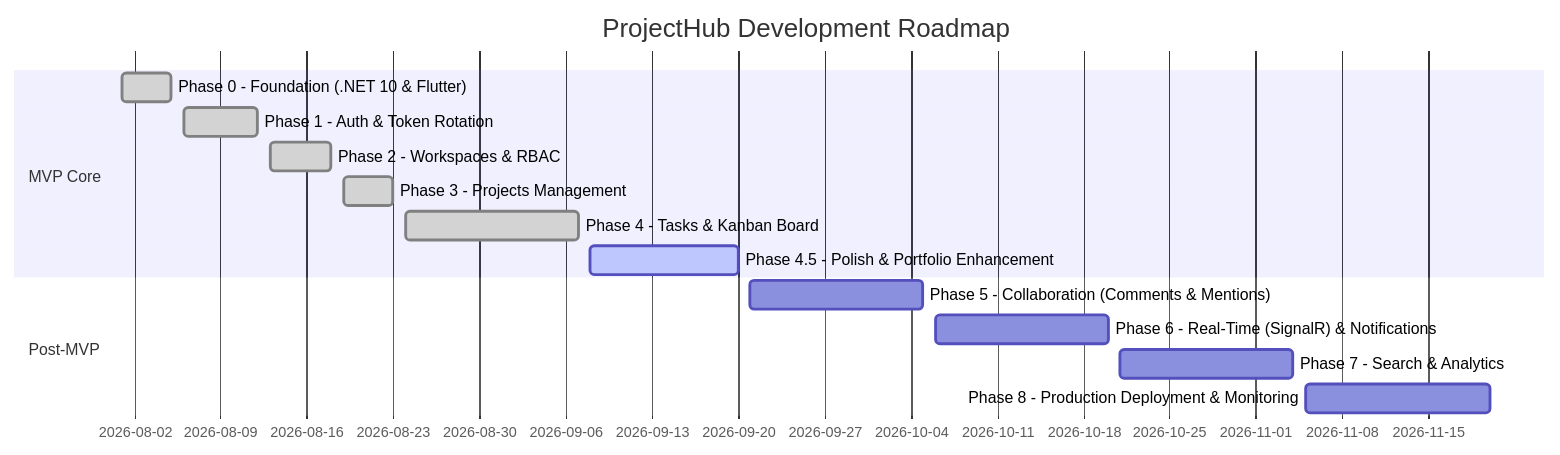
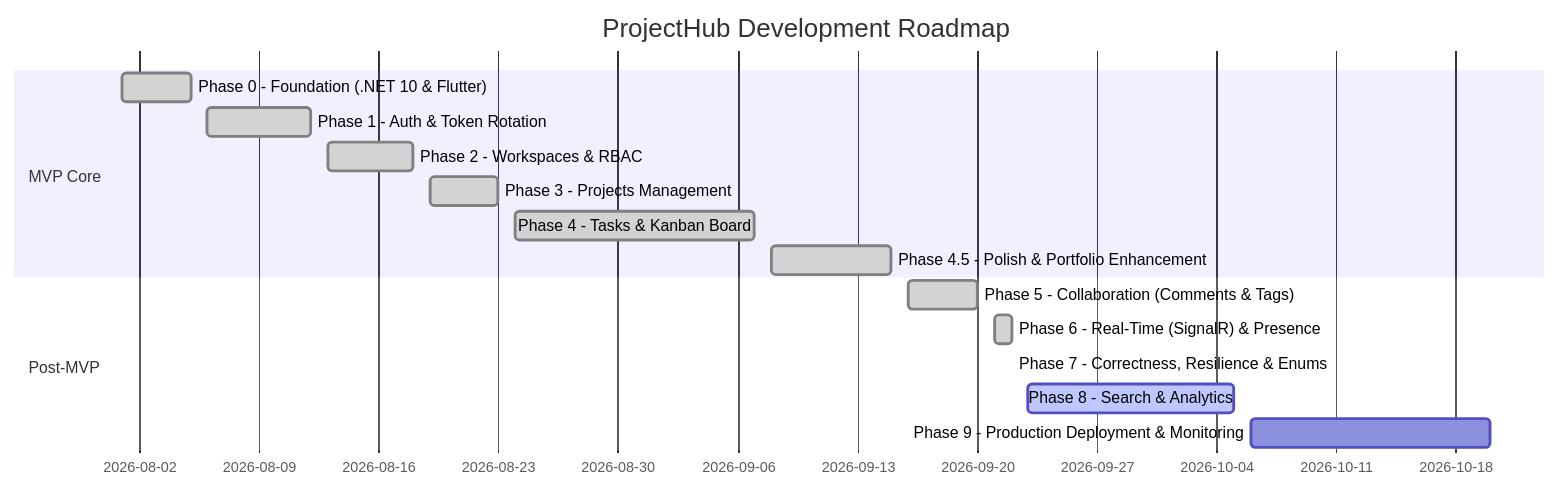
One commit to Clark605/ProjectHub changed the diagram in docs/prd.md. Above: the diagram before and after it, drawn with Mermaid. The commit also changed other lines of this file and 8 other files, not shown here.

````diff
--- a/docs/prd.md
+++ b/docs/prd.md
@@ -113,17 +128,18 @@
 ```mermaid
 gantt
     title ProjectHub Development Roadmap
     dateFormat  YYYY-MM-DD
     section MVP Core
     Phase 0 - Foundation (.NET 10 & Flutter)      :done, 2026-08-01, 2026-08-05
     Phase 1 - Auth & Token Rotation              :done, 2026-08-06, 2026-08-12
     Phase 2 - Workspaces & RBAC                  :done, 2026-08-13, 2026-08-18
     Phase 3 - Projects Management                :done, 2026-08-19, 2026-08-23
     Phase 4 - Tasks & Kanban Board               :done, 2026-08-24, 2026-09-07
-    Phase 4.5 - Polish & Portfolio Enhancement   :active, 2026-09-08, 2026-09-20
+    Phase 4.5 - Polish & Portfolio Enhancement   :done, 2026-09-08, 2026-09-15
     section Post-MVP
-    Phase 5 - Collaboration (Comments & Mentions):2026-09-21, 2026-10-05
-    Phase 6 - Real-Time (SignalR) & Notifications:2026-10-06, 2026-10-20
-    Phase 7 - Search & Analytics                 :2026-10-21, 2026-11-04
-    Phase 8 - Production Deployment & Monitoring :2026-11-05, 2026-11-20
+    Phase 5 - Collaboration (Comments & Tags)    :done, 2026-09-16, 2026-09-20
+    Phase 6 - Real-Time (SignalR) & Presence     :done, 2026-09-21, 2026-09-22
+    Phase 7 - Correctness, Resilience & Enums    :done, 2026-09-22, 2026-09-22
+    Phase 8 - Search & Analytics                 :active, 2026-09-23, 2026-10-05
+    Phase 9 - Production Deployment & Monitoring :2026-10-06, 2026-10-20
 ```
````
